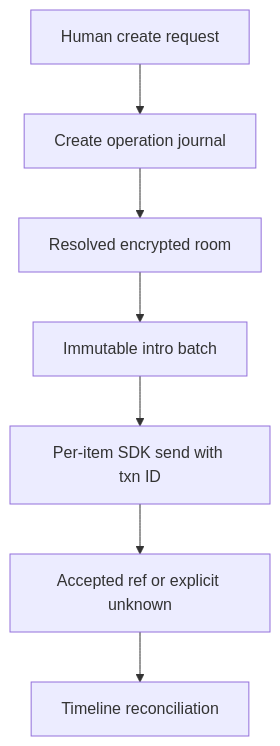
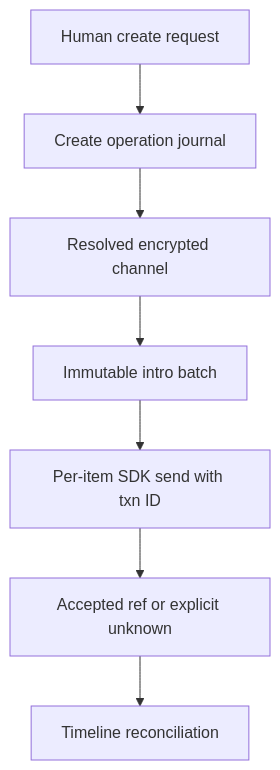
Before and after one commit to aiur-team/khala: the diagram in docs/plans/2026-09-16-kha-112-room-intro-commands.md, drawn with Mermaid. The commit also changed other lines of this file and 211 other files, not shown here.

````diff
--- a/docs/plans/2026-09-16-kha-112-room-intro-commands.md
+++ b/docs/plans/2026-09-16-kha-112-room-intro-commands.md
@@ -84,9 +84,9 @@
 ```mermaid
 flowchart TB
   H[Human create request] --> C[Create operation journal]
-  C --> R[Resolved encrypted room]
+  C --> R[Resolved encrypted channel]
   R --> B[Immutable intro batch]
   B --> I[Per-item SDK send with txn ID]
   I --> A[Accepted ref or explicit unknown]
   A --> T[Timeline reconciliation]
 ```
````
